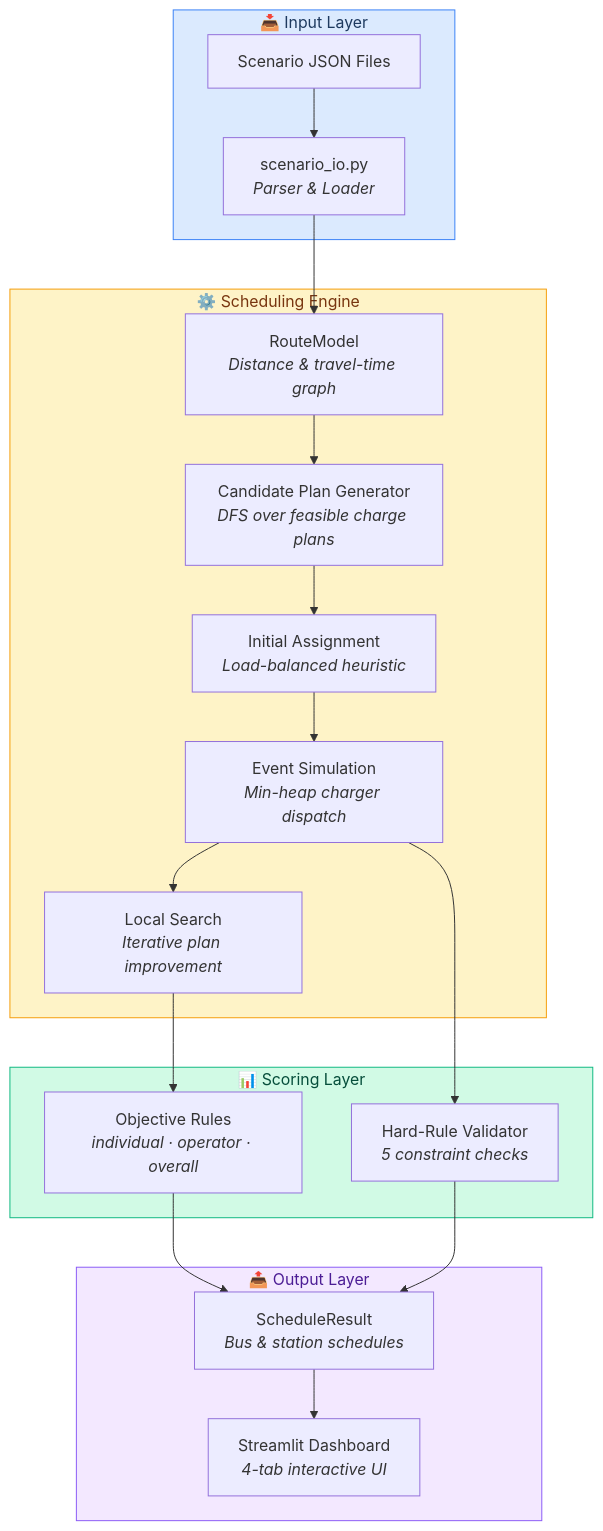
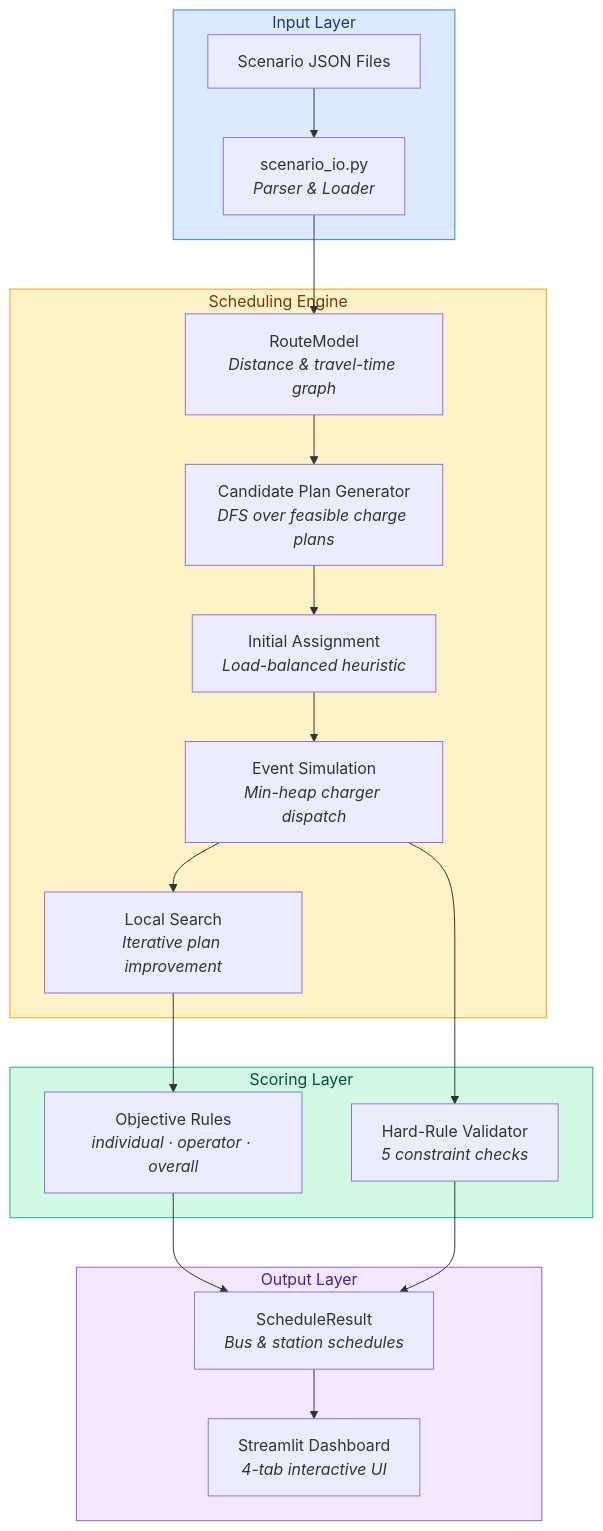
One commit to mukulgupta11/bus_charging_scheduler changed the first of 5 diagrams in README.md. Above: the diagram before and after it, drawn with Mermaid. The commit also changed other lines of this file and 3 other files, not shown here.

````diff
--- a/README.md
+++ b/README.md
@@ -70,36 +70,36 @@
 ```mermaid
 flowchart TD
-    subgraph INPUT["📥 Input Layer"]
+    subgraph INPUT["Input Layer"]
         JSON["Scenario JSON Files"]
         IO["scenario_io.py<br/><i>Parser & Loader</i>"]
     end
 
-    subgraph ENGINE["⚙️ Scheduling Engine"]
+    subgraph ENGINE["Scheduling Engine"]
         ROUTE["RouteModel<br/><i>Distance & travel-time graph</i>"]
         CAND["Candidate Plan Generator<br/><i>DFS over feasible charge plans</i>"]
         INIT["Initial Assignment<br/><i>Load-balanced heuristic</i>"]
         SIM["Event Simulation<br/><i>Min-heap charger dispatch</i>"]
         LOCAL["Local Search<br/><i>Iterative plan improvement</i>"]
     end
 
-    subgraph SCORING["📊 Scoring Layer"]
+    subgraph SCORING["Scoring Layer"]
         RULES["Objective Rules<br/><i>individual · operator · overall</i>"]
         VALID["Hard-Rule Validator<br/><i>5 constraint checks</i>"]
     end
 
-    subgraph OUTPUT["📤 Output Layer"]
+    subgraph OUTPUT["Output Layer"]
         RESULT["ScheduleResult<br/><i>Bus & station schedules</i>"]
         UI["Streamlit Dashboard<br/><i>4-tab interactive UI</i>"]
     end
 
     JSON --> IO --> ROUTE
     ROUTE --> CAND --> INIT --> SIM --> LOCAL
     LOCAL --> RULES --> RESULT
     SIM --> VALID --> RESULT
     RESULT --> UI
 
     style INPUT fill:#DBEAFE,stroke:#3B82F6,color:#1E3A5F
     style ENGINE fill:#FEF3C7,stroke:#F59E0B,color:#78350F
     style SCORING fill:#D1FAE5,stroke:#10B981,color:#064E3B
     style OUTPUT fill:#F3E8FF,stroke:#8B5CF6,color:#4C1D95
 ```
````
